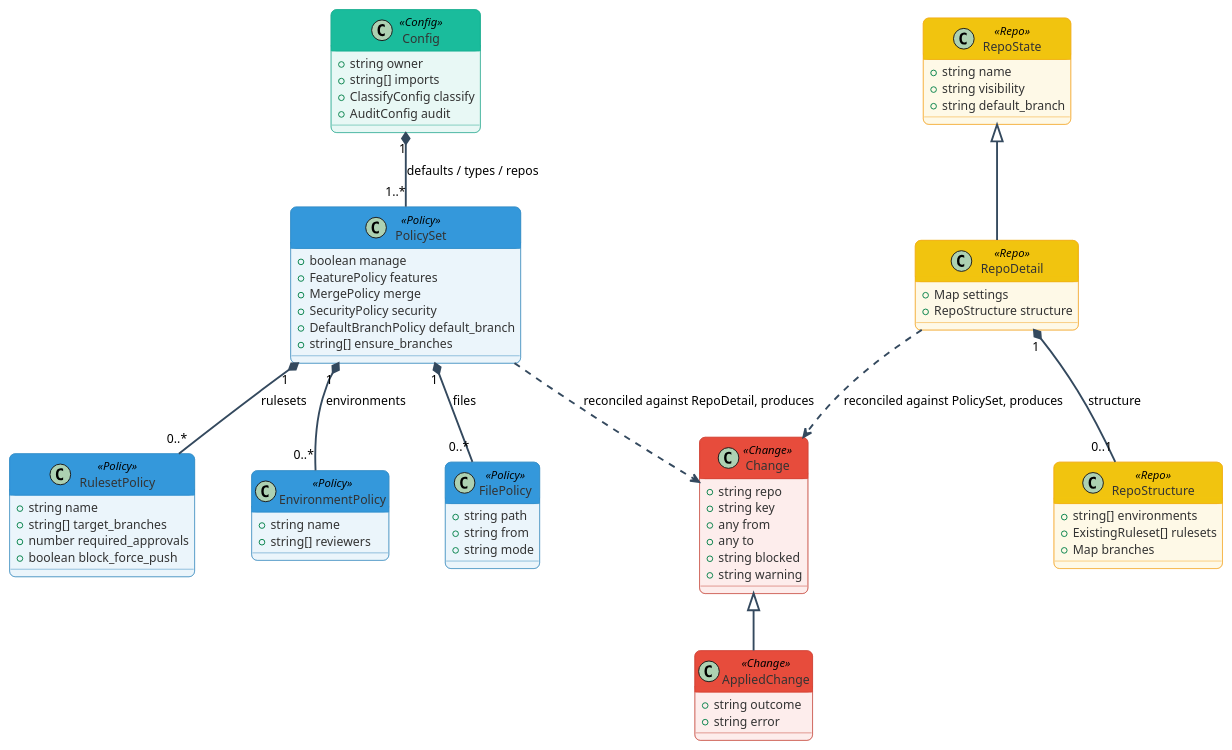
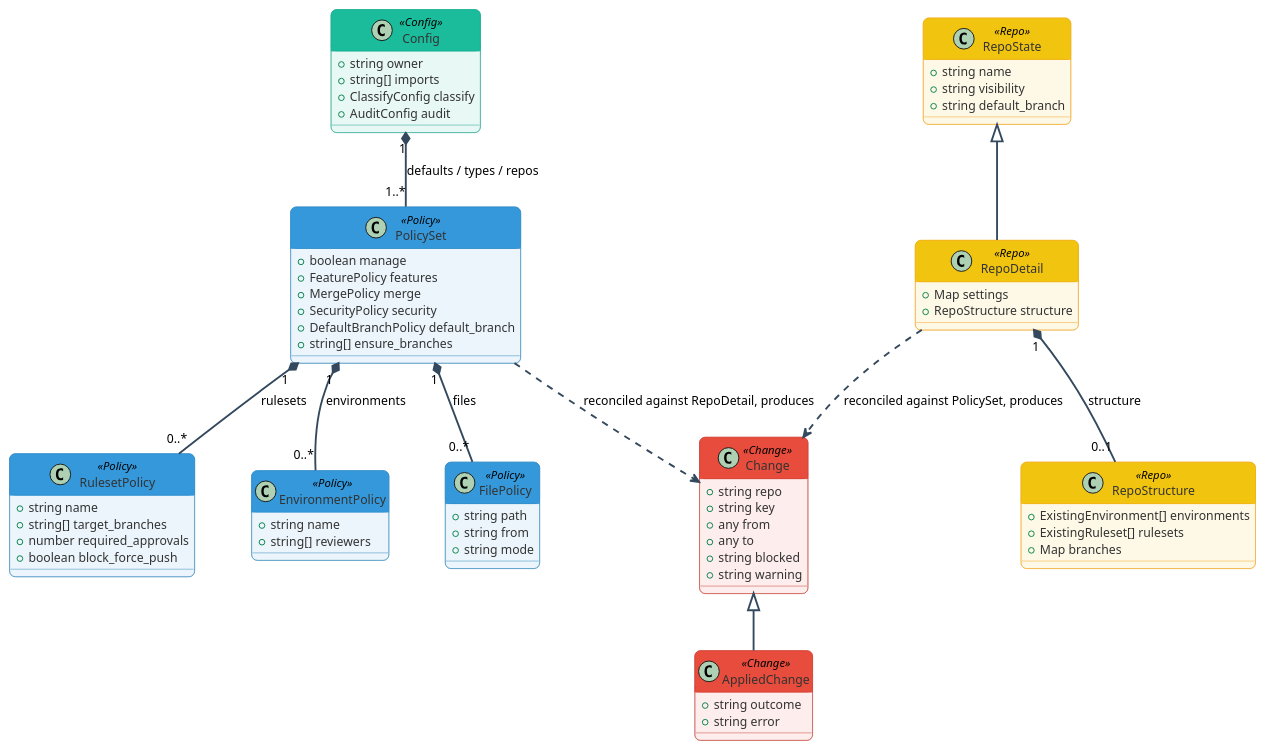
The diagram in docs/diagrams/domain-model.puml (hector-ae21/octoform), drawn with PlantUML before and after one commit. The commit also changed 8 other files, not shown here.

```diff
--- a/docs/diagrams/domain-model.puml
+++ b/docs/diagrams/domain-model.puml
@@ -1,120 +1,120 @@
 @startuml
 ' --- Configuración Visual General ---
 skinparam roundcorner 12
 skinparam shadow true
 skinparam defaultFontName "Segoe UI", Arial, sans-serif
 skinparam classFontSize 15
 skinparam classAttributeFontSize 13
 skinparam nodesep 60
 skinparam ranksep 60
 
 ' --- Paleta de Colores por Dominio ---
 skinparam class {
     ' Dominio Configuración
     BackgroundColor<<Config>> #E8F8F5
     HeaderBackgroundColor<<Config>> #1ABC9C
     BorderColor<<Config>> #16A085
 
     ' Dominio Políticas
     BackgroundColor<<Policy>> #EBF5FB
     HeaderBackgroundColor<<Policy>> #3498DB
     BorderColor<<Policy>> #2980B9
 
     ' Dominio Repositorio
     BackgroundColor<<Repo>> #FEF9E7
     HeaderBackgroundColor<<Repo>> #F1C40F
     BorderColor<<Repo>> #F39C12
 
     ' Dominio Cambios
     BackgroundColor<<Change>> #FDEDEC
     HeaderBackgroundColor<<Change>> #E74C3C
     BorderColor<<Change>> #C0392B
 
     ' Tipografía común
     FontColor White
     AttributeFontColor #333333
 }
 
 skinparam arrow {
     Color #34495E
     Thickness 2
 }
 
 ' --- Definición de Clases ---
 class Config <<Config>> {
     +string owner
     +string[] imports
     +ClassifyConfig classify
     +AuditConfig audit
 }
 
 class PolicySet <<Policy>> {
     +boolean manage
     +FeaturePolicy features
     +MergePolicy merge
     +SecurityPolicy security
     +DefaultBranchPolicy default_branch
     +string[] ensure_branches
 }
 
 class RulesetPolicy <<Policy>> {
     +string name
     +string[] target_branches
     +number required_approvals
     +boolean block_force_push
 }
 
 class EnvironmentPolicy <<Policy>> {
     +string name
     +string[] reviewers
 }
 
 class FilePolicy <<Policy>> {
     +string path
     +string from
     +string mode
     }
 
 class RepoState <<Repo>> {
     +string name
     +string visibility
     +string default_branch
 }
 
 class RepoDetail <<Repo>> {
     +Map settings
     +RepoStructure structure
 }
 
 class RepoStructure <<Repo>> {
-    +string[] environments
+    +ExistingEnvironment[] environments
     +ExistingRuleset[] rulesets
     +Map branches
 }
 
 class Change <<Change>> {
     +string repo
     +string key
     +any from
     +any to
     +string blocked
     +string warning
 }
 
 class AppliedChange <<Change>> {
     +string outcome
     +string error
 }
 
 ' --- Relaciones ---
 Config "1" *-- "1..*" PolicySet : defaults / types / repos
 PolicySet "1" *-- "0..*" RulesetPolicy : rulesets
 PolicySet "1" *-- "0..*" EnvironmentPolicy : environments
 PolicySet "1" *-- "0..*" FilePolicy : files
 RepoState <|-- RepoDetail
 RepoDetail "1" *-- "0..1" RepoStructure : structure
 Change <|-- AppliedChange
 PolicySet ..> Change : reconciled against RepoDetail, produces
 RepoDetail ..> Change : reconciled against PolicySet, produces
 
 @enduml
```
